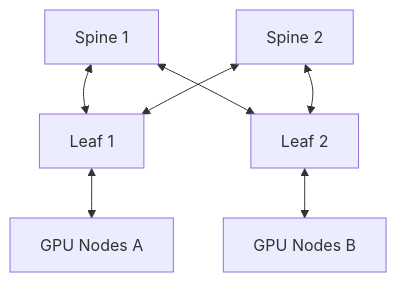
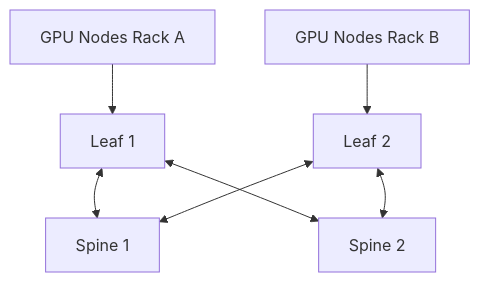
The first of 3 diagrams in docs/nvidia-zero-to-hero/volume-08/chapter-06-routing-topologies-and-oversubscription.md (jithinpnjm/nvidia-devops), drawn with Mermaid before and after one commit. The commit also changed other lines of this file and 11 other files, not shown here.

````diff
--- a/docs/nvidia-zero-to-hero/volume-08/chapter-06-routing-topologies-and-oversubscription.md
+++ b/docs/nvidia-zero-to-hero/volume-08/chapter-06-routing-topologies-and-oversubscription.md
@@ -18,15 +50,16 @@
 ```mermaid
-flowchart TD
+flowchart TB
+    N1[GPU Nodes Rack A]
+    N2[GPU Nodes Rack B]
+    L1[Leaf 1]
+    L2[Leaf 2]
     S1[Spine 1]
     S2[Spine 2]
-    L1[Leaf 1]
-    L2[Leaf 2]
-    A[GPU Nodes A]
-    B[GPU Nodes B]
-    S1 <--> L1
-    S1 <--> L2
-    S2 <--> L1
-    S2 <--> L2
-    L1 <--> A
-    L2 <--> B
+
+    N1 --> L1
+    N2 --> L2
+    L1 <--> S1
+    L1 <--> S2
+    L2 <--> S1
+    L2 <--> S2
 ```
````
